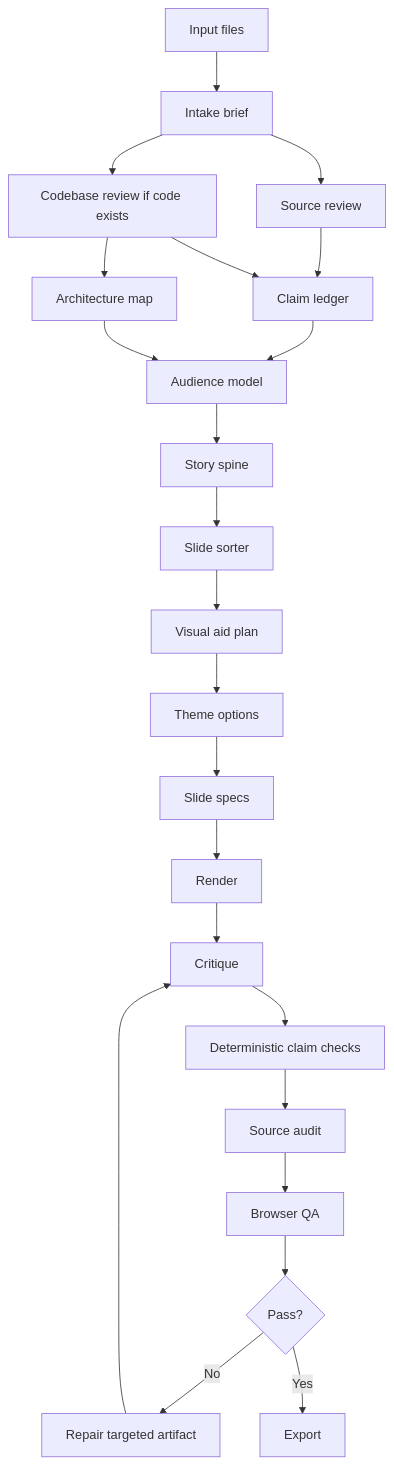
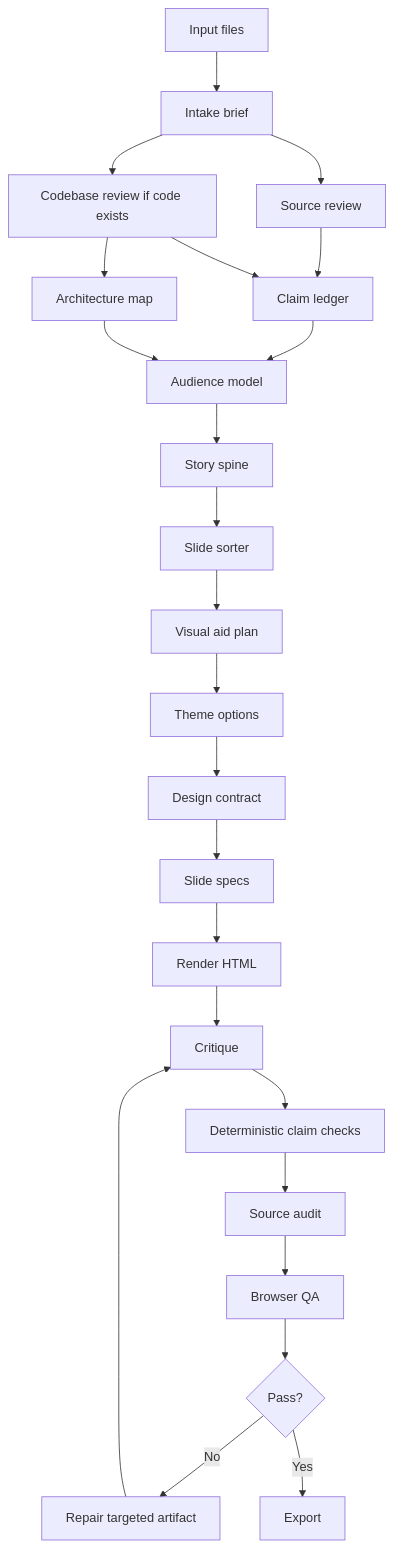
One commit to haomingkoo/slide-generator changed the diagram in docs/workflow.md. Above: the diagram before and after it, drawn with Mermaid. The commit also changed other lines of this file and 65 other files, not shown here.

````diff
--- a/docs/workflow.md
+++ b/docs/workflow.md
@@ -7,25 +7,26 @@
 ```mermaid
 flowchart TD
   A[Input files] --> B[Intake brief]
   B --> C[Source review]
   B --> D[Codebase review if code exists]
   C --> E[Claim ledger]
   D --> E
   D --> F[Architecture map]
   E --> G[Audience model]
   F --> G
   G --> H[Story spine]
   H --> I[Slide sorter]
   I --> J[Visual aid plan]
   J --> K[Theme options]
-  K --> L[Slide specs]
-  L --> M[Render]
+  K --> U[Design contract]
+  U --> L[Slide specs]
+  L --> M[Render HTML]
   M --> N[Critique]
   N --> O[Deterministic claim checks]
   O --> P[Source audit]
   P --> T[Browser QA]
   T --> Q{Pass?}
   Q -->|No| R[Repair targeted artifact]
   R --> N
   Q -->|Yes| S[Export]
 ```
````
